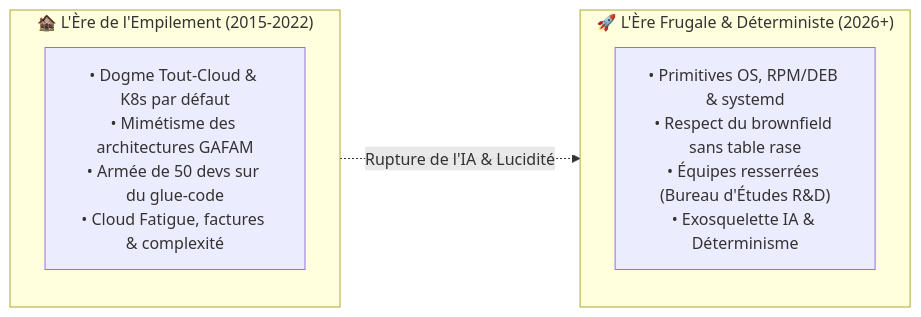
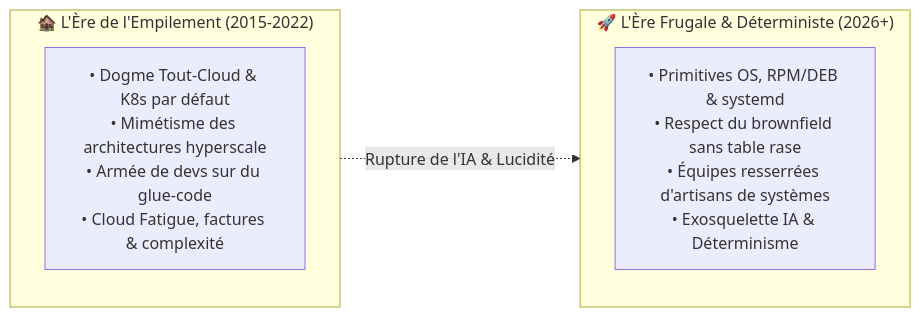
The eighth of 10 diagrams in content/posts/2026-09-19-ai-exoskelton-for-builders-not-oracle.fr.md (gpineda-dev/gpineda-dev.github.io), drawn with Mermaid before and after one commit. The commit also changed other lines of this file and 1 other file, not shown here.

````diff
--- a/content/posts/2026-09-19-ai-exoskelton-for-builders-not-oracle.fr.md
+++ b/content/posts/2026-09-19-ai-exoskelton-for-builders-not-oracle.fr.md
@@ -348,12 +336,12 @@
 ```mermaid
 flowchart LR
     subgraph Era1["🏚️ L'Ère de l'Empilement (2015-2022)"]
         direction TB
-        E1["• Dogme Tout-Cloud & K8s par défaut<br>• Mimétisme des architectures GAFAM<br>• Armée de 50 devs sur du glue-code<br>• Cloud Fatigue, factures & complexité"]
+        E1["• Dogme Tout-Cloud & K8s par défaut<br>• Mimétisme des architectures hyperscale<br>• Armée de devs sur du glue-code<br>• Cloud Fatigue, factures & complexité"]
     end
     subgraph Era2["🚀 L'Ère Frugale & Déterministe (2026+)"]
         direction TB
-        E2["• Primitives OS, RPM/DEB & systemd<br>• Respect du brownfield sans table rase<br>• Équipes resserrées (Bureau d'Études R&D)<br>• Exosquelette IA & Déterminisme"]
+        E2["• Primitives OS, RPM/DEB & systemd<br>• Respect du brownfield sans table rase<br>• Équipes resserrées d'artisans de systèmes<br>• Exosquelette IA & Déterminisme"]
     end
     E1 -.->|Rupture de l'IA & Lucidité| E2
 ```
````
